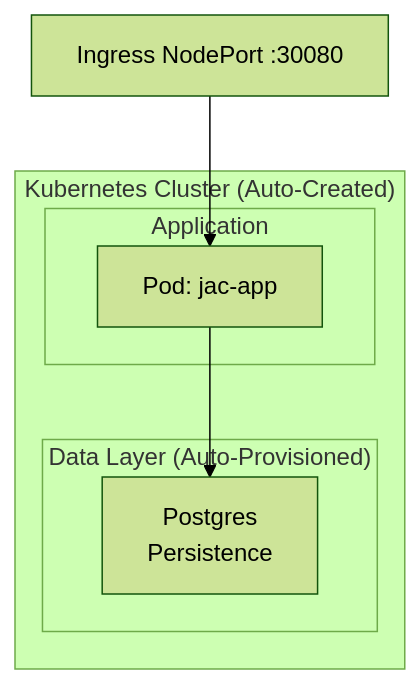
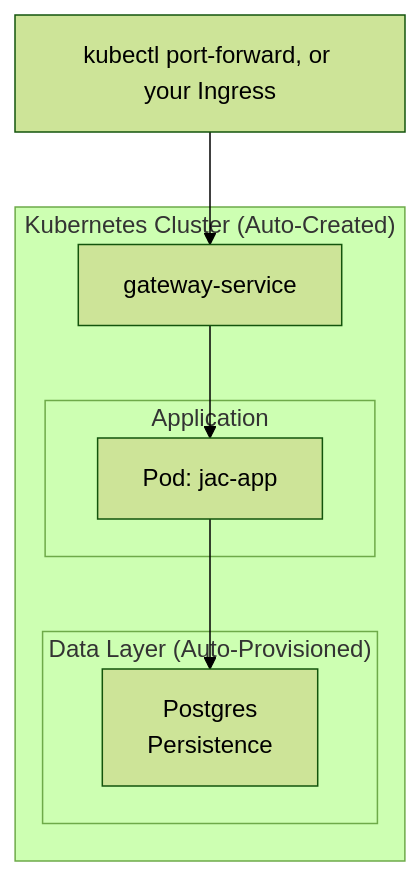
Before and after one commit to jaseci-labs/jac: the diagram in jac/jaclang/cli/docs/tutorials/production/kubernetes.md, drawn with Mermaid (forest theme). The commit also changed other lines of this file and 1 other file, not shown here.

First line of the commit message:
docs(scale): a deployed app is reached through the gateway, not a per-app NGINX NodePort (#10969) (#10972)

````diff
--- a/jac/jaclang/cli/docs/tutorials/production/kubernetes.md
+++ b/jac/jaclang/cli/docs/tutorials/production/kubernetes.md
@@ -33,13 +33,15 @@
 ```mermaid
 graph TD
     subgraph cluster["Kubernetes Cluster (Auto-Created)"]
+        GW["gateway-service"]
         subgraph app["Application"]
             P1["Pod: jac-app"]
         end
         subgraph data["Data Layer (Auto-Provisioned)"]
             PG["Postgres<br/>Persistence"]
         end
+        GW --> P1
         P1 --> PG
     end
-    LB["Ingress NodePort :30080"] --> P1
+    U["kubectl port-forward, or your Ingress"] --> GW
 ```
````
